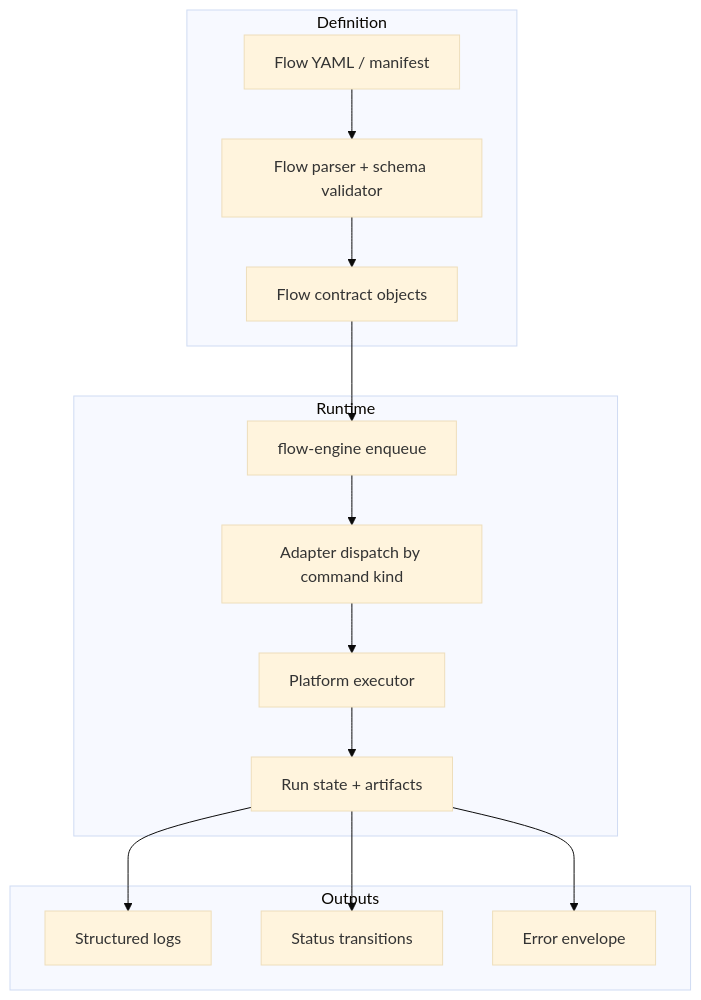
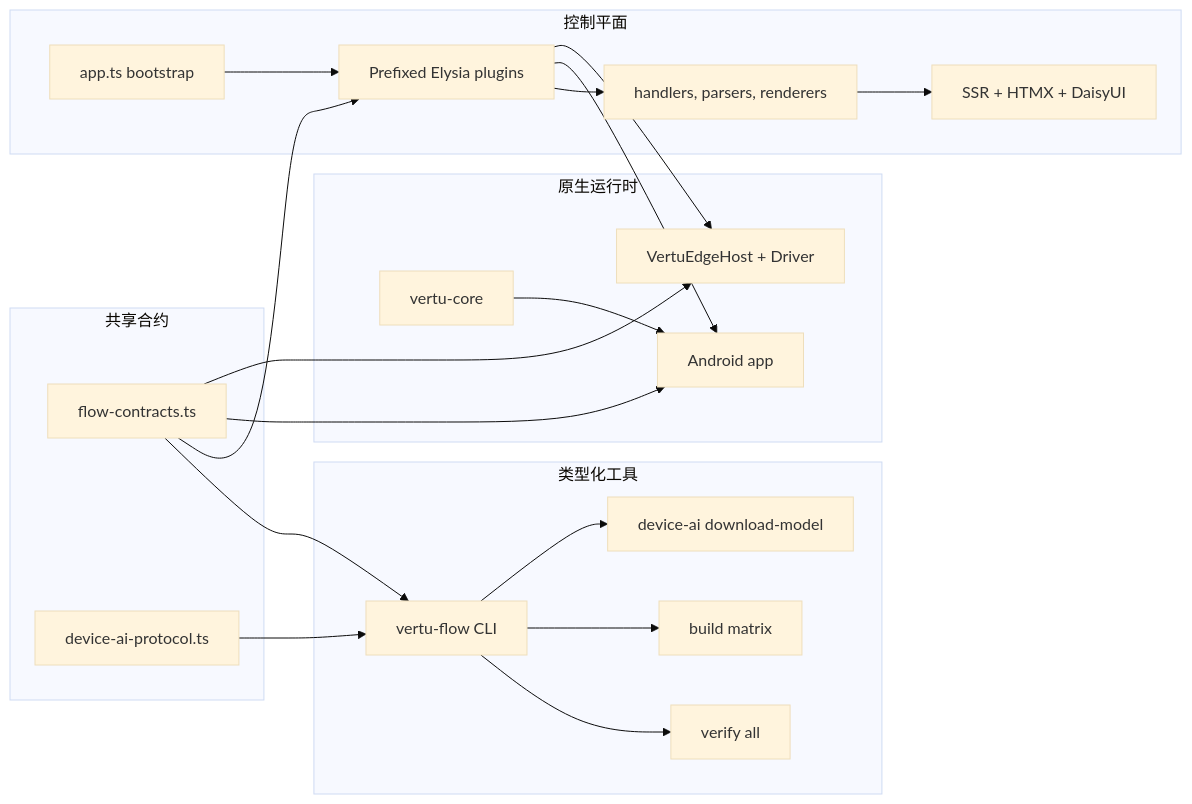
The fourth of 6 diagrams in README.md (d4551/vertu-edge), drawn with Mermaid (base theme) before and after one commit. The commit also changed other lines of this file and 21 other files, not shown here.

First line of the commit message:
docs: GitHub-compliant Mermaid, bilingual EN/ZH, expand gitignore, stop tracking artifacts

````diff
--- a/README.md
+++ b/README.md
@@ -174,26 +212,40 @@
 ```mermaid
-flowchart TB
-  subgraph Definition
-    A["Flow YAML / manifest"]
-    B["Flow parser + schema validator"]
-    C["Flow contract objects"]
+flowchart LR
+  subgraph Contracts["共享合约"]
+    FLOW["flow-contracts.ts"]
+    DEVICE["device-ai-protocol.ts"]
   end
 
-  subgraph Runtime
-    D["flow-engine enqueue"]
-    E["Adapter dispatch by command kind"]
-    F["Platform executor"]
-    G["Run state + artifacts"]
+  subgraph Tooling["类型化工具"]
+    CLI["vertu-flow CLI"]
+    VERIFY["verify all"]
+    BUILD["build matrix"]
+    DOWNLOAD["device-ai download-model"]
   end
 
-  subgraph Outputs
-    H["Structured logs"]
-    I["Status transitions"]
-    J["Error envelope"]
+  subgraph ControlPlane["控制平面"]
+    APP["app.ts bootstrap"]
+    PLUGINS["Prefixed Elysia plugins"]
+    HELPERS["handlers, parsers, renderers"]
+    UI["SSR + HTMX + DaisyUI"]
   end
 
-  A --> B --> C --> D --> E --> F --> G
-  G --> H
-  G --> I
-  G --> J
+  subgraph Native["原生运行时"]
+    ANDROID["Android app"]
+    IOS["VertuEdgeHost + Driver"]
+    CORE["vertu-core"]
+  end
+
+  FLOW --> CLI
+  FLOW --> PLUGINS
+  FLOW --> ANDROID
+  FLOW --> IOS
+  DEVICE --> CLI
+  CLI --> VERIFY
+  CLI --> BUILD
+  CLI --> DOWNLOAD
+  APP --> PLUGINS --> HELPERS --> UI
+  PLUGINS --> ANDROID
+  PLUGINS --> IOS
+  CORE --> ANDROID
 ```
````
